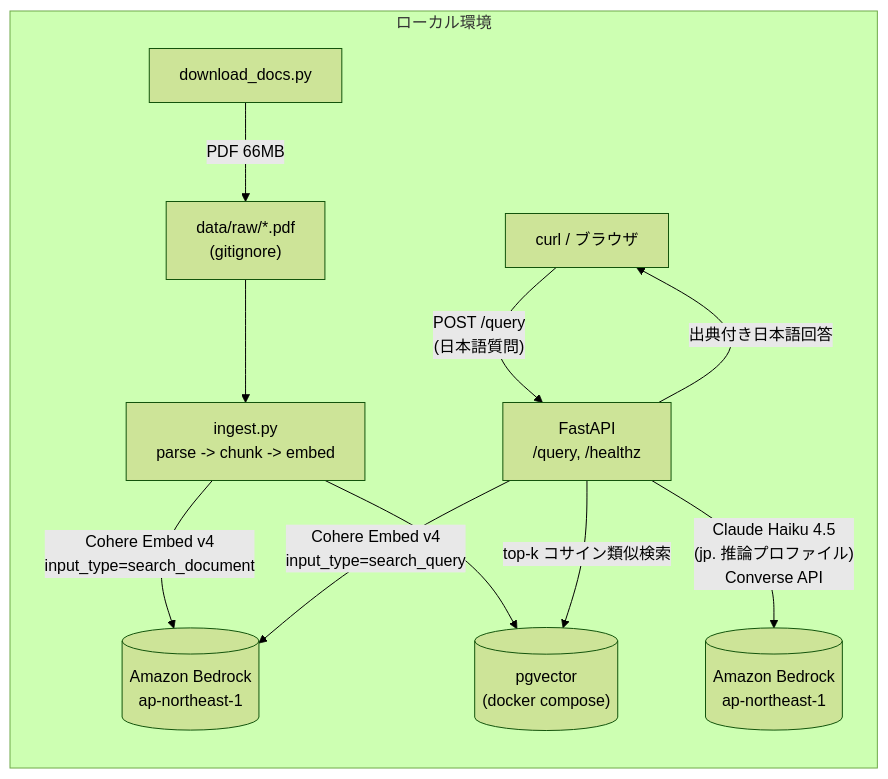
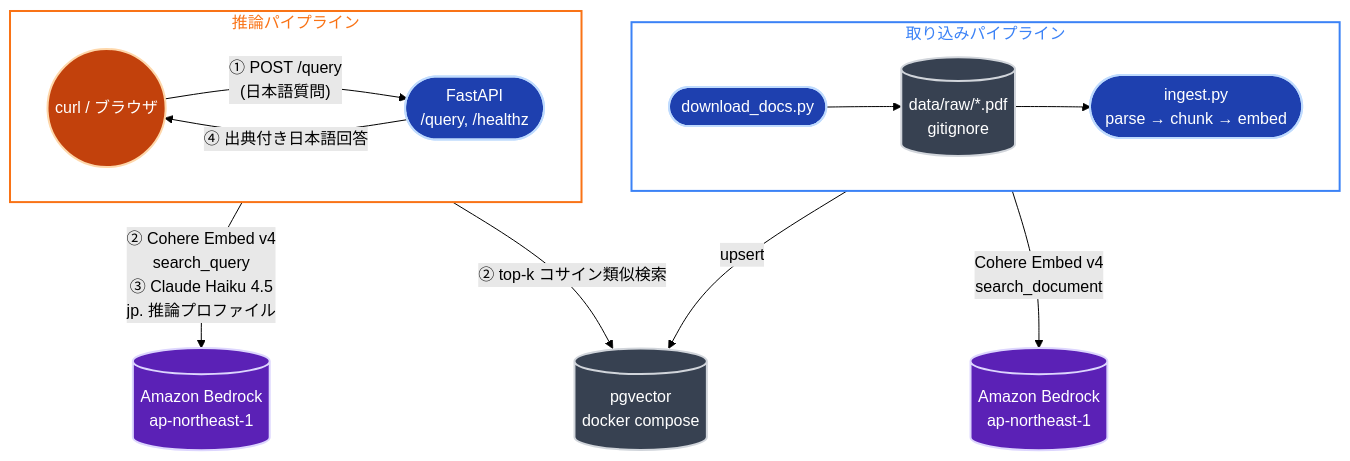
One commit to yasaims/LLMOps-RAG changed the first of 3 diagrams in docs/architecture.md. Above: the diagram before and after it, drawn with Mermaid (forest theme). The commit also changed other lines of this file, not shown here.

Commit message:
Fix arch diagrams; rewrote with skill

````diff
--- a/docs/architecture.md
+++ b/docs/architecture.md
@@ -5,15 +5,30 @@
 ```mermaid
-flowchart LR
-    subgraph local["ローカル環境"]
-        dl["download_docs.py"] -->|PDF 66MB| raw["data/raw/*.pdf\n(gitignore)"]
-        raw --> ingest["ingest.py\nparse -> chunk -> embed"]
-        ingest -->|"Cohere Embed v4\ninput_type=search_document"| bedrock1[("Amazon Bedrock\nap-northeast-1")]
-        ingest --> db[("pgvector\n(docker compose)")]
+flowchart TB
+    classDef process fill:#1e40af,stroke:#bfdbfe,stroke-width:2px,color:#fff
+    classDef storage fill:#374151,stroke:#d1d5db,stroke-width:2px,color:#fff
+    classDef external fill:#5b21b6,stroke:#ddd6fe,stroke-width:2px,color:#fff
+    classDef user fill:#c2410c,stroke:#fed7aa,stroke-width:2px,color:#fff
 
-        client["curl / ブラウザ"] -->|"POST /query\n(日本語質問)"| api["FastAPI\n/query, /healthz"]
-        api -->|"Cohere Embed v4\ninput_type=search_query"| bedrock1
-        api -->|"top-k コサイン類似検索"| db
-        api -->|"Claude Haiku 4.5\n(jp. 推論プロファイル)\nConverse API"| bedrock2[("Amazon Bedrock\nap-northeast-1")]
-        api -->|"出典付き日本語回答"| client
+    subgraph ingestion["取り込みパイプライン"]
+        direction LR
+        dl(["download_docs.py"]):::process --> raw[("data/raw/*.pdf<br/>gitignore")]:::storage --> ingestproc(["ingest.py<br/>parse → chunk → embed"]):::process
     end
+
+    subgraph inference["推論パイプライン"]
+        direction LR
+        client((curl / ブラウザ)):::user -->|"① POST /query<br/>(日本語質問)"| api(["FastAPI<br/>/query, /healthz"]):::process
+        api -->|"④ 出典付き日本語回答"| client
+    end
+
+    bedrock1[("Amazon Bedrock<br/>ap-northeast-1")]:::external
+    db[("pgvector<br/>docker compose")]:::storage
+    bedrock2[("Amazon Bedrock<br/>ap-northeast-1")]:::external
+
+    ingestproc -->|"Cohere Embed v4<br/>search_document"| bedrock1
+    ingestproc -->|"upsert"| db
+    api -->|"② top-k コサイン類似検索"| db
+    api -->|"② Cohere Embed v4<br/>search_query<br/>③ Claude Haiku 4.5<br/>jp. 推論プロファイル"| bedrock2
+
+    style ingestion fill:none,stroke:#3b82f6,stroke-width:2px,color:#3b82f6
+    style inference fill:none,stroke:#f97316,stroke-width:2px,color:#f97316
 ```
````
